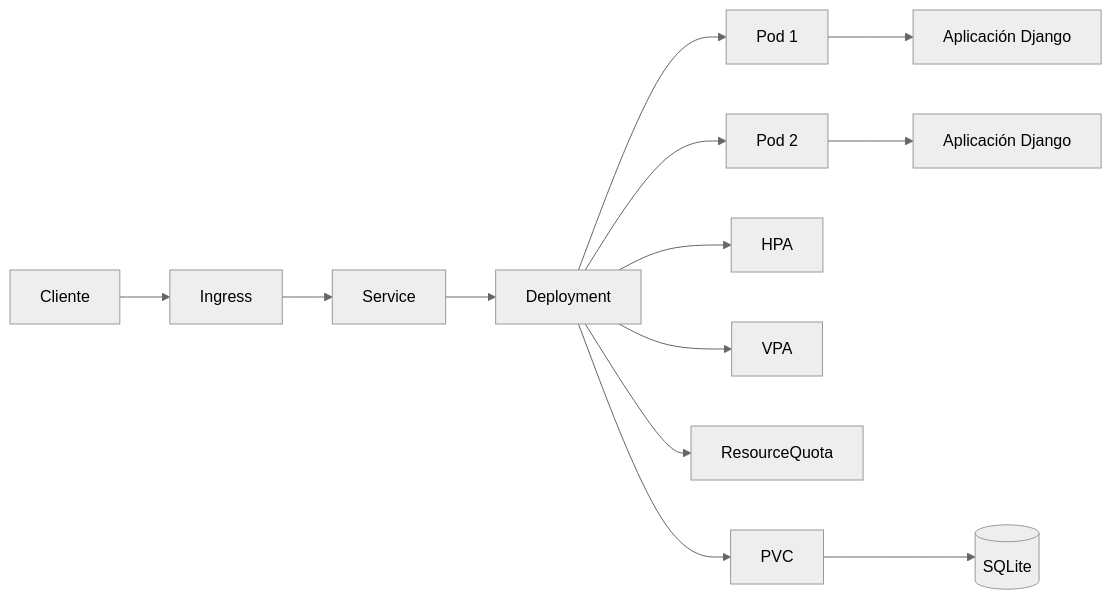
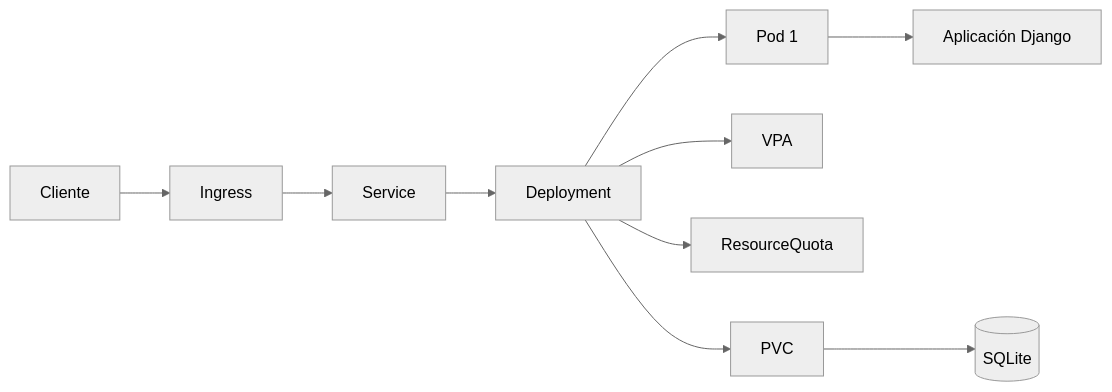
Before and after one commit to diego12-ui/demo-devops-python: the second of 2 diagrams in ARCHITECTURE.md, drawn with Mermaid (neutral theme). The commit also changed other lines of this file and 6 other files, not shown here.

````diff
--- a/ARCHITECTURE.md
+++ b/ARCHITECTURE.md
@@ -52,15 +52,12 @@
 ```mermaid
 flowchart LR
   Client[Cliente] --> Ingress[Ingress]
   Ingress --> Service[Service]
   Service --> Deployment[Deployment]
   Deployment --> PodA[Pod 1]
-  Deployment --> PodB[Pod 2]
   PodA --> AppA[Aplicación Django]
-  PodB --> AppB[Aplicación Django]
-  Deployment --> HPA[HPA]
   Deployment --> VPA[VPA]
   Deployment --> Quota[ResourceQuota]
   Deployment --> PVC[PVC]
   PVC --> DB[(SQLite)]
 ```
````
